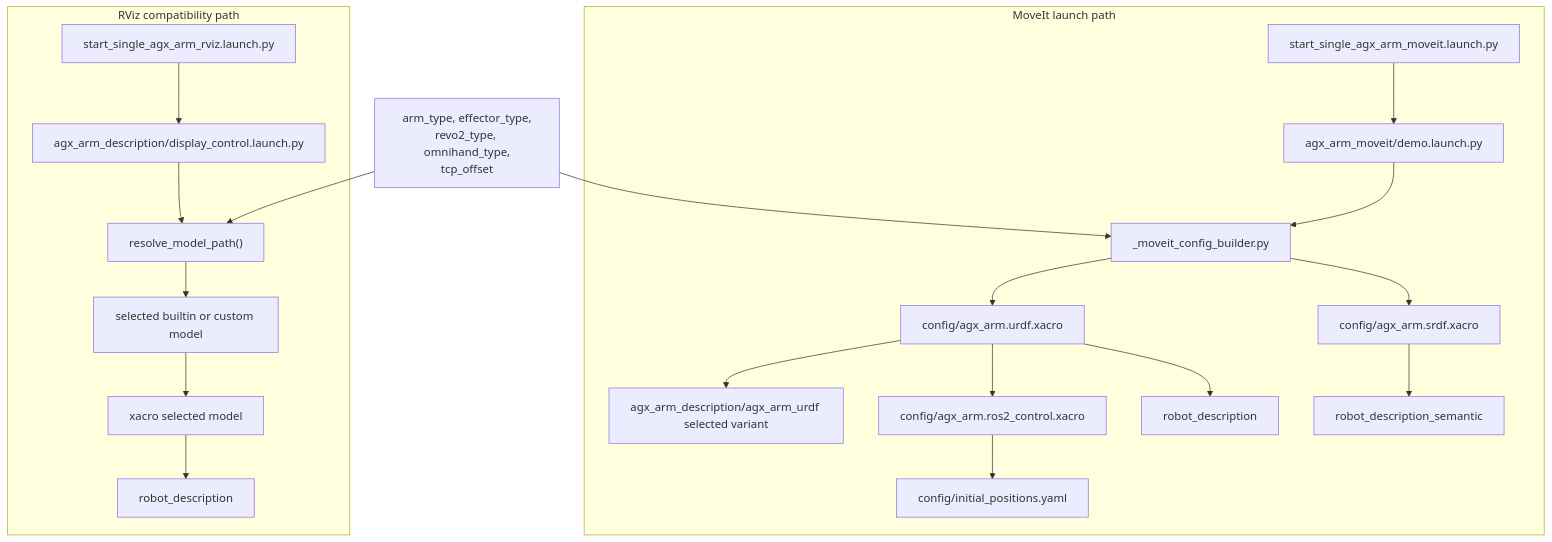
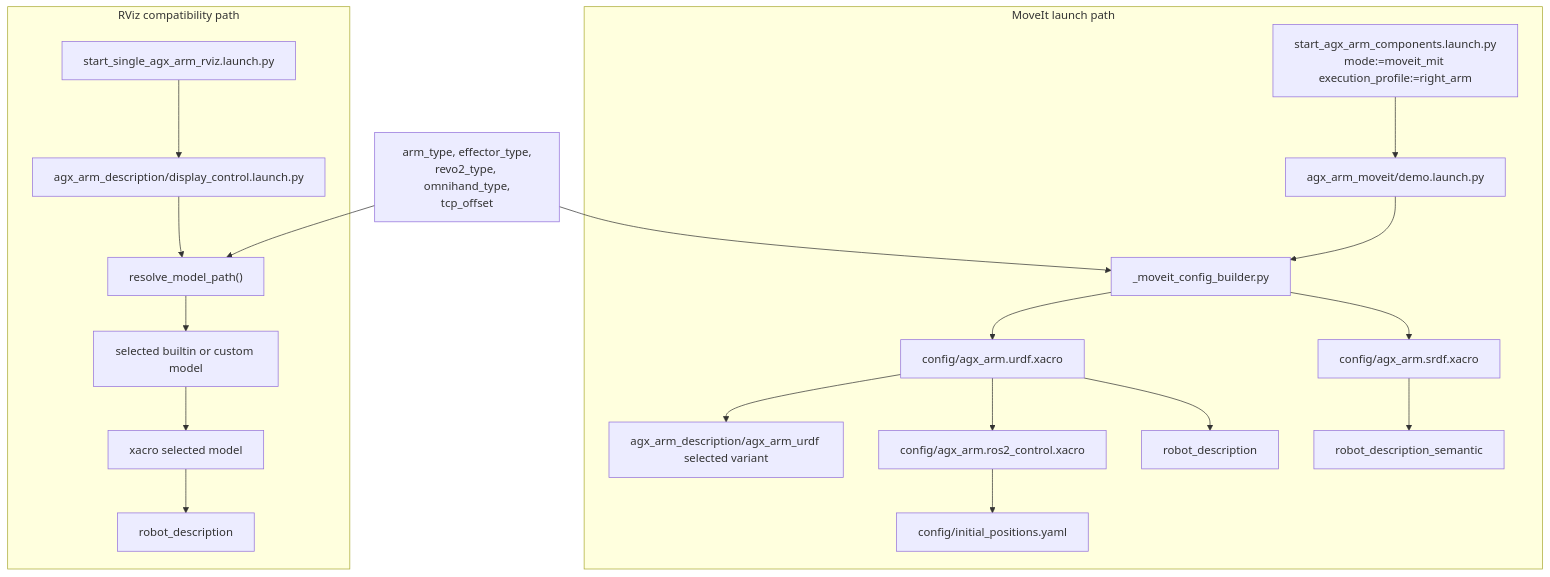
One commit to robyngehler/agx_arm_ros changed the fourth of 5 diagrams in docs/project/repo_interaction_diagrams.md. Above: the diagram before and after it, drawn with Mermaid. The commit also changed other lines of this file and 68 other files, not shown here.

````diff
--- a/docs/project/repo_interaction_diagrams.md
+++ b/docs/project/repo_interaction_diagrams.md
@@ -167,39 +167,39 @@
 ```mermaid
 flowchart TD
     ARGS["arm_type, effector_type,<br/>revo2_type, omnihand_type,<br/>tcp_offset"]
 
     subgraph MoveItPath["MoveIt launch path"]
-        M0["start_single_agx_arm_moveit.launch.py"]
+        M0["start_agx_arm_components.launch.py\nmode:=moveit_mit execution_profile:=right_arm"]
         M1["agx_arm_moveit/demo.launch.py"]
         M2["_moveit_config_builder.py"]
         M3["config/agx_arm.urdf.xacro"]
         M4["config/agx_arm.srdf.xacro"]
         M5["config/agx_arm.ros2_control.xacro"]
         M6["agx_arm_description/agx_arm_urdf selected variant"]
         M7["config/initial_positions.yaml"]
         M8["robot_description"]
         M9["robot_description_semantic"]
 
         M0 --> M1 --> M2
         M2 --> M3
         M2 --> M4
         M3 --> M6
         M3 --> M5 --> M7
         M3 --> M8
         M4 --> M9
     end
 
     subgraph RvizPath["RViz compatibility path"]
         R0["start_single_agx_arm_rviz.launch.py"]
         R1["agx_arm_description/display_control.launch.py"]
         R2["resolve_model_path()"]
         R3["selected builtin or custom model"]
         R4["xacro selected model"]
         R5["robot_description"]
 
         R0 --> R1 --> R2 --> R3 --> R4 --> R5
     end
 
     ARGS --> M2
     ARGS --> R2
 ```
````
